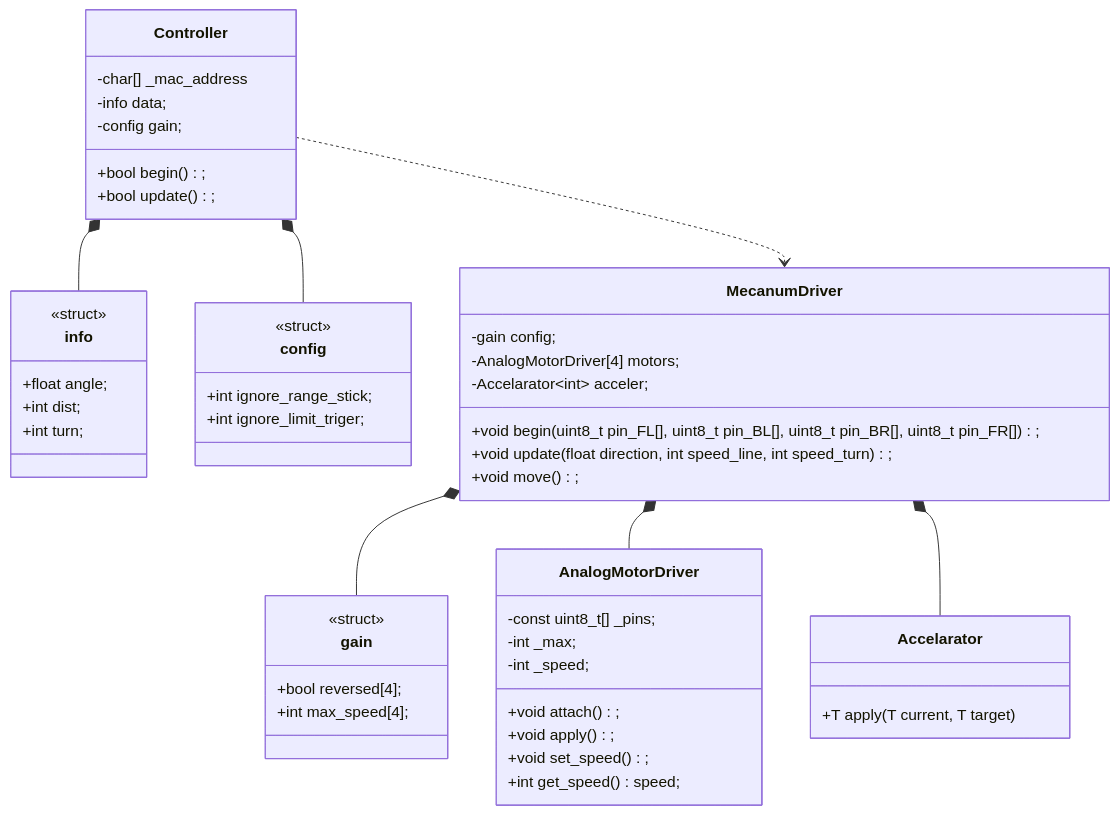
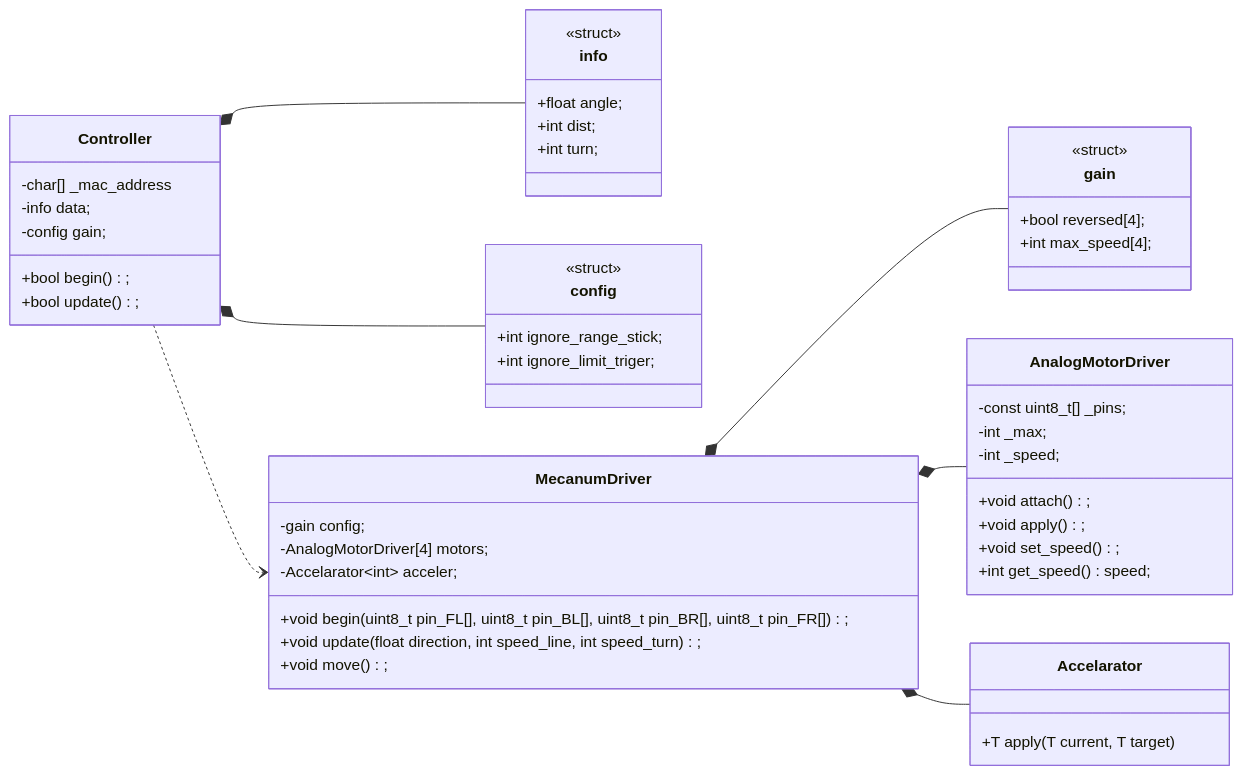
The second of 2 diagrams in README.md (Tomoooji/Planaria_renewal), drawn with Mermaid before and after one commit.

````diff
--- a/README.md
+++ b/README.md
@@ -29,54 +29,55 @@
 ```mermaid
 classDiagram
+    direction LR
     Controller *-- info
     Controller *-- config
     Controller ..> MecanumDriver
     MecanumDriver *-- gain
     MecanumDriver *-- AnalogMotorDriver
     MecanumDriver *-- Accelarator
 
     class Controller{
         -char[] _mac_address
         -info data;
         -config gain;
         +bool begin();
         +bool update();
     }
     class info{
         <<struct>>
         +float angle;
         +int dist;
         +int turn;
     }
     class config{
         <<struct>>
         +int ignore_range_stick;
         +int ignore_limit_triger;
     }
     class MecanumDriver{
         -gain config;
         -AnalogMotorDriver[4] motors;
         -Accelarator~int~ acceler;
         +void begin(uint8_t pin_FL[], uint8_t pin_BL[], uint8_t pin_BR[], uint8_t pin_FR[]);
         +void update(float direction, int speed_line, int speed_turn);
         +void move();
     }
     class gain{
         <<struct>>
         +bool reversed[4];
         +int max_speed[4];
     }
     class AnalogMotorDriver{
         -const uint8_t[] _pins;
         -int _max;
         -int _speed;
         +void attach();
         +void apply();
         +void set_speed();
         +int get_speed() speed;
     }
     class Accelarator~T~{
         +T apply(T current, T target)
     }
 
 ```
````
